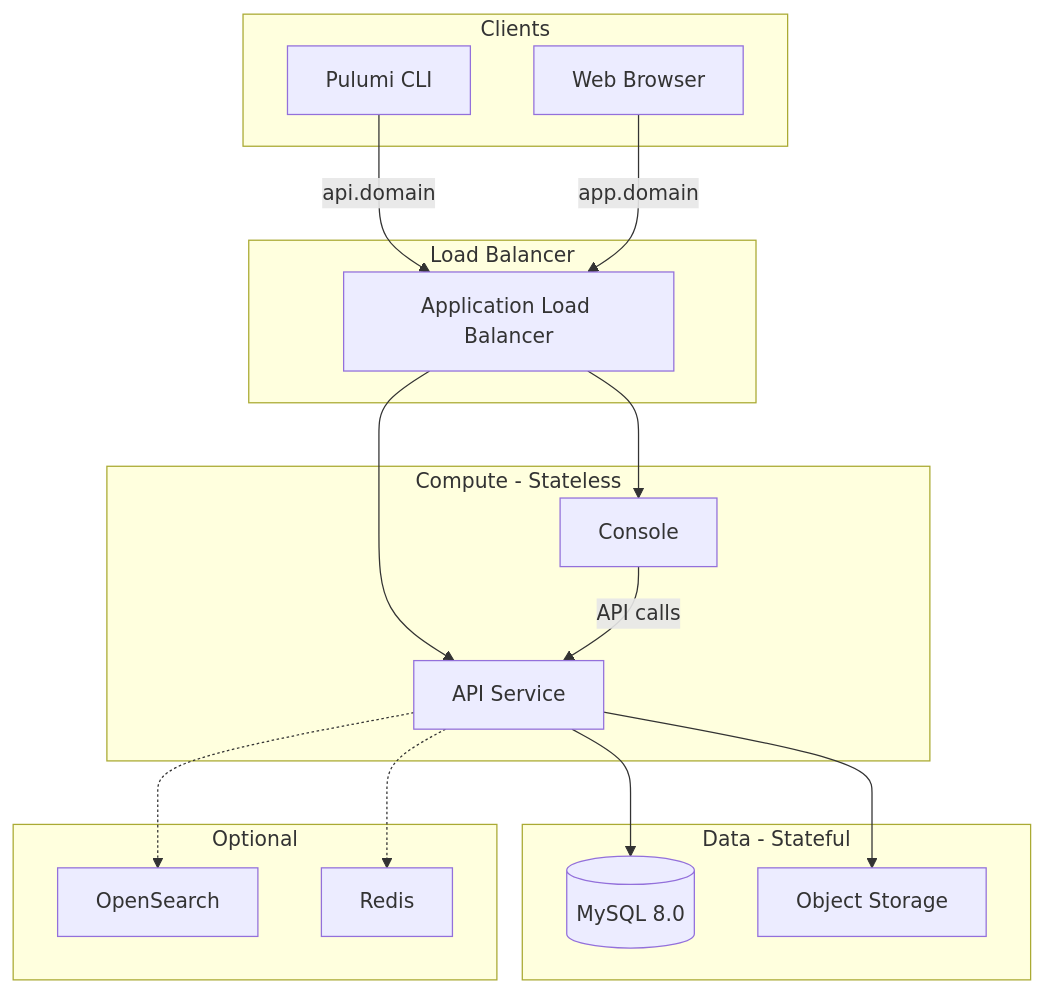
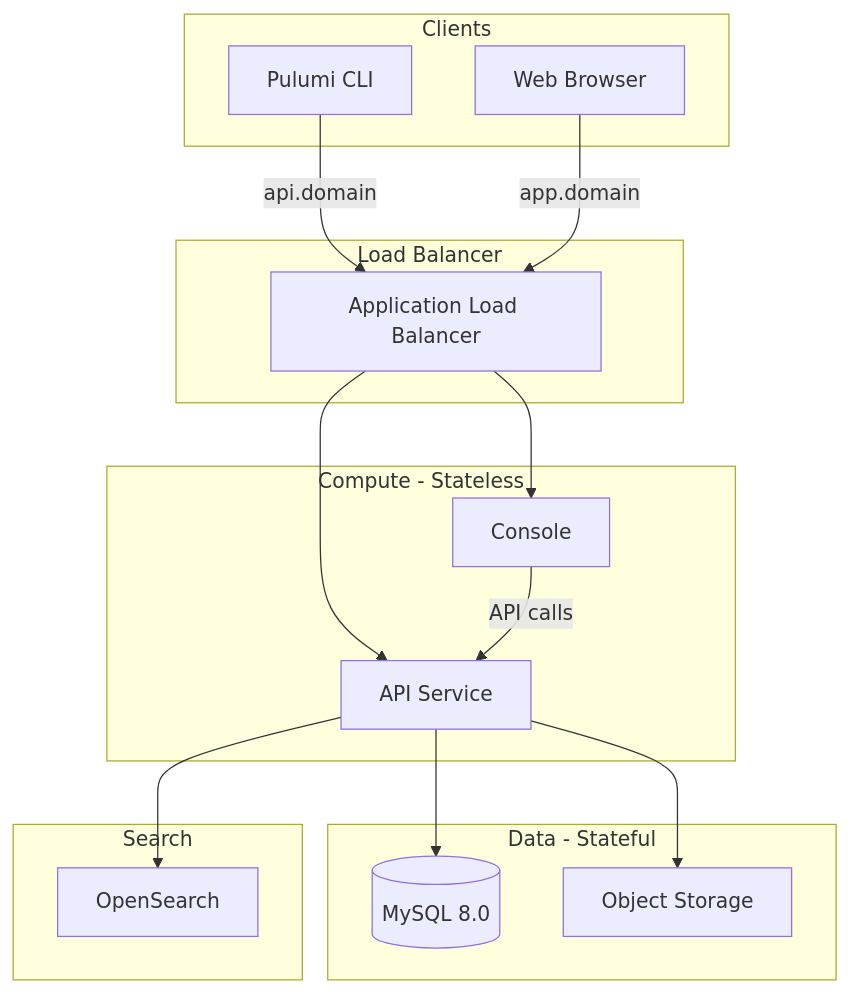
The diagram in content/docs/administration/self-hosting/operations/architecture.md (pulumi/docs), drawn with Mermaid before and after one commit. The commit also changed other lines of this file and 7 other files, not shown here.

````diff
--- a/content/docs/administration/self-hosting/operations/architecture.md
+++ b/content/docs/administration/self-hosting/operations/architecture.md
@@ -40,36 +39,34 @@
 ```mermaid
 graph TB
     subgraph Clients
         CLI[Pulumi CLI]
         Browser[Web Browser]
     end
 
     subgraph Load Balancer
         LB[Application Load Balancer]
     end
 
     subgraph Compute - Stateless
         API[API Service]
         Console[Console]
     end
 
     subgraph Data - Stateful
         DB[(MySQL 8.0)]
         S3[Object Storage]
     end
 
-    subgraph Optional
-        Search[OpenSearch]
-        Cache[Redis]
+    subgraph Search
+        OpenSearch[OpenSearch]
     end
 
     CLI -->|api.domain| LB
     Browser -->|app.domain| LB
     LB --> API
     LB --> Console
     API --> DB
     API --> S3
-    API -.-> Search
-    API -.-> Cache
+    API --> OpenSearch
     Console -->|API calls| API
 ```
````
